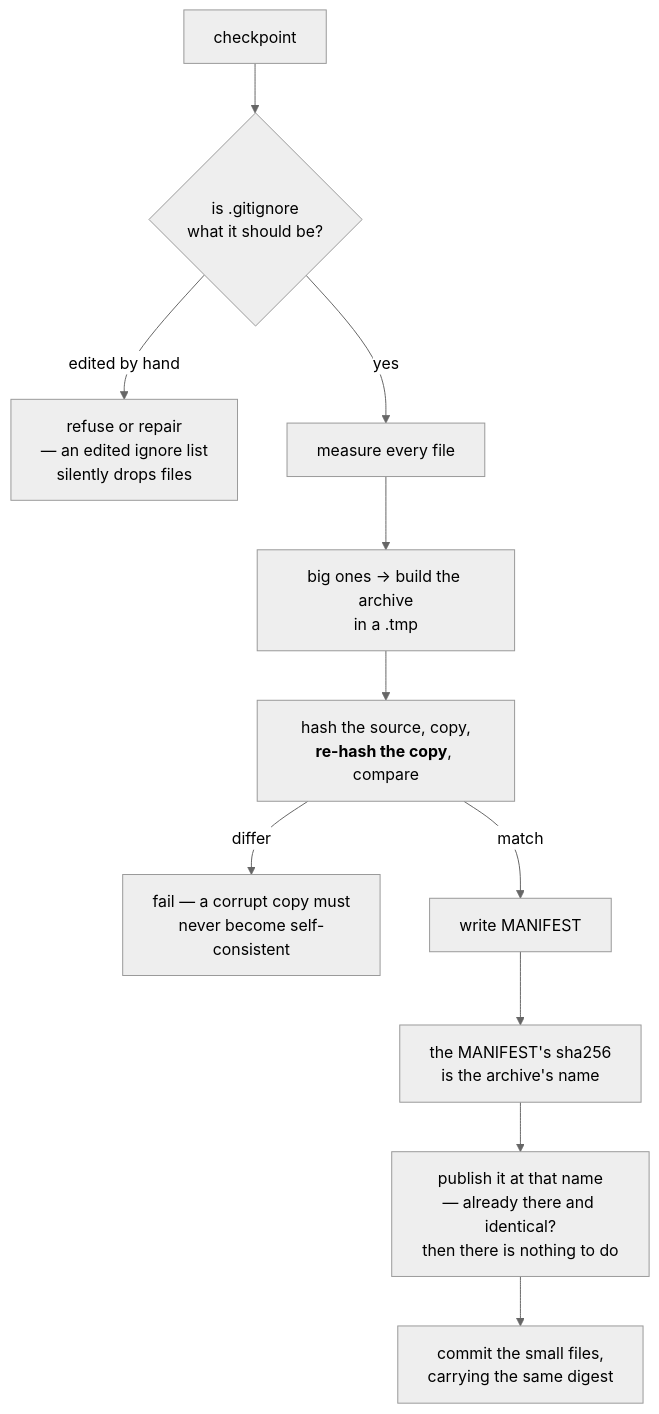
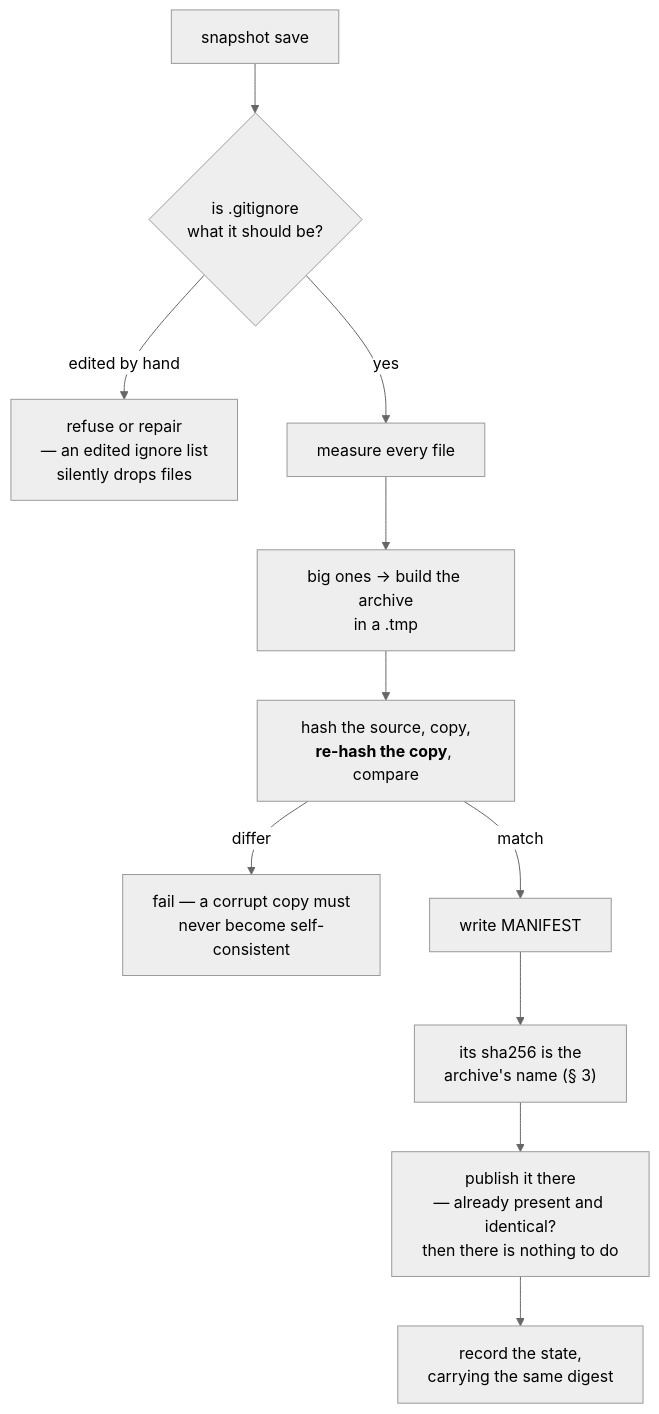
Before and after one commit to Qing-LAB/molbuilder: the second of 3 diagrams in docs/execution/checkpointing.md, drawn with Mermaid (neutral theme). The commit also changed other lines of this file, not shown here.

First line of the commit message:
docs(checkpoint): consolidate -- the user half now speaks states, and three things stop being said twice

````diff
--- a/docs/execution/checkpointing.md
+++ b/docs/execution/checkpointing.md
@@ -324,13 +324,13 @@
 ```mermaid
 flowchart TB
-    S["checkpoint"] --> R{"is .gitignore<br/>what it should be?"}
+    S["snapshot save"] --> R{"is .gitignore<br/>what it should be?"}
     R -->|"edited by hand"| STOP1["refuse or repair<br/>— an edited ignore list<br/>silently drops files"]
     R -->|"yes"| M["measure every file"]
     M --> B["big ones → build the archive<br/>in a .tmp"]
     B --> V["hash the source, copy,<br/><b>re-hash the copy</b>, compare"]
     V -->|"differ"| STOP2["fail — a corrupt copy must<br/>never become self-consistent"]
     V -->|"match"| W["write MANIFEST"]
-    W --> D["the MANIFEST's sha256<br/>is the archive's name"]
-    D --> SW["publish it at that name<br/>— already there and identical?<br/>then there is nothing to do"]
-    SW --> C["commit the small files,<br/>carrying the same digest"]
+    W --> D["its sha256 is the<br/>archive's name (§ 3)"]
+    D --> SW["publish it there<br/>— already present and identical?<br/>then there is nothing to do"]
+    SW --> C["record the state,<br/>carrying the same digest"]
 ```
````
